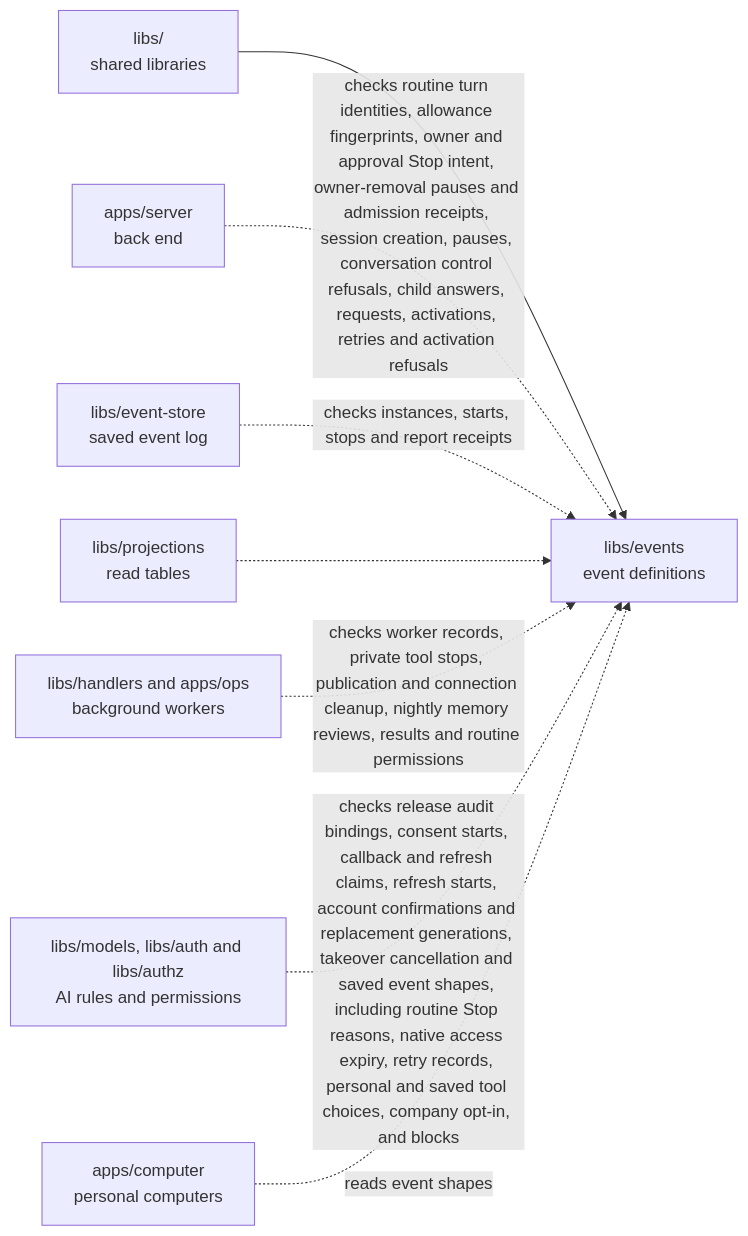
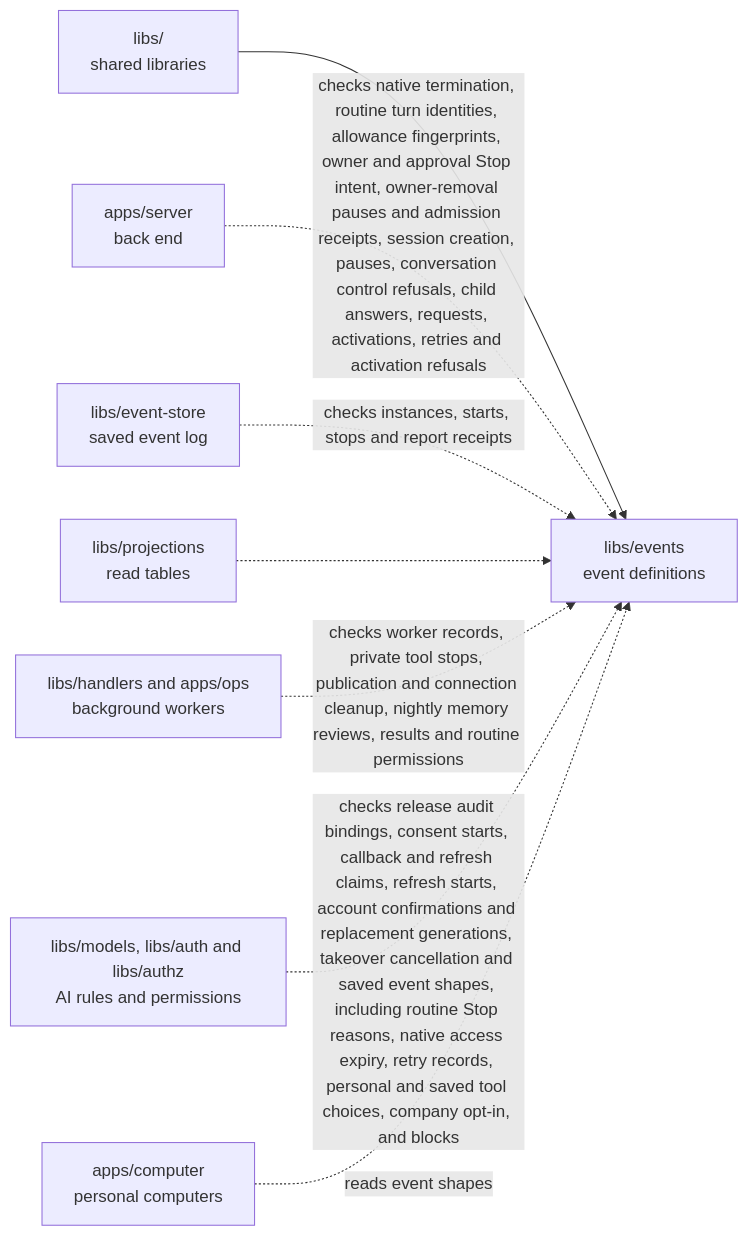
One commit to elewa-git/opencrane-new changed the diagram in libs/events/README.md. Above: the diagram before and after it, drawn with Mermaid. The commit also changed other lines of this file and 17 other files, not shown here.

````diff
--- a/libs/events/README.md
+++ b/libs/events/README.md
@@ -41,10 +43,10 @@
 ```mermaid
 flowchart LR
   parent["libs/<br/>shared libraries"] --> events["libs/events<br/>event definitions"]
-  server["apps/server<br/>back end"] -.->|checks routine turn identities, allowance fingerprints, owner and approval Stop intent, owner-removal pauses and admission receipts, session creation, pauses, conversation control refusals, child answers, requests, activations, retries and activation refusals| events
+  server["apps/server<br/>back end"] -.->|checks native termination, routine turn identities, allowance fingerprints, owner and approval Stop intent, owner-removal pauses and admission receipts, session creation, pauses, conversation control refusals, child answers, requests, activations, retries and activation refusals| events
   store["libs/event-store<br/>saved event log"] -.->|checks instances, starts, stops and report receipts| events
   projections["libs/projections<br/>read tables"] -.-> events
   workers["libs/handlers and apps/ops<br/>background workers"] -.->|checks worker records, private tool stops, publication and connection cleanup, nightly memory reviews, results and routine permissions| events
   models["libs/models, libs/auth and libs/authz<br/>AI rules and permissions"] -.->|checks release audit bindings, consent starts, callback and refresh claims, refresh starts, account confirmations and replacement generations, takeover cancellation and saved event shapes, including routine Stop reasons, native access expiry, retry records, personal and saved tool choices, company opt-in, and blocks| events
   computer["apps/computer<br/>personal computers"] -.->|reads event shapes| events
 ```
````
